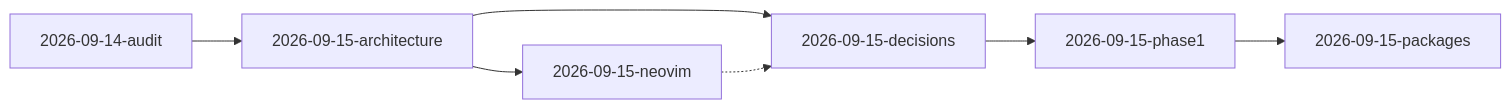
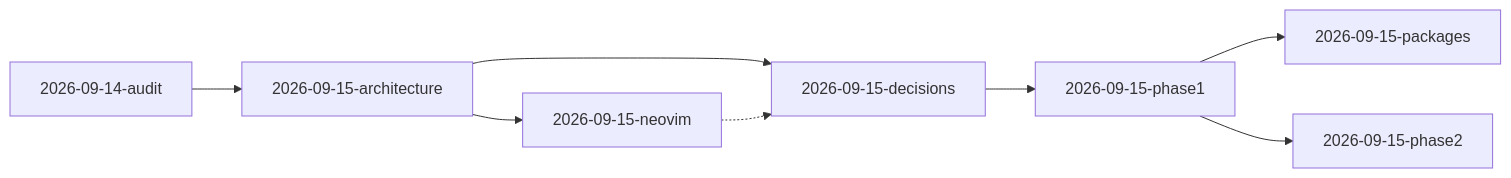
One commit to ART-Laus/nixos-config changed the diagram in docs/devlog.md. Above: the diagram before and after it, drawn with Mermaid. The commit also changed other lines of this file and 51 other files, not shown here.

````diff
--- a/docs/devlog.md
+++ b/docs/devlog.md
@@ -64,9 +65,10 @@
 ```mermaid
 graph LR
   A[2026-09-14-audit] --> B[2026-09-15-architecture]
   B --> C[2026-09-15-neovim]
   B --> D[2026-09-15-decisions]
   C -.-> D
   D --> P1[2026-09-15-phase1]
   P1 --> PK[2026-09-15-packages]
+  P1 --> P2[2026-09-15-phase2]
 ```
````
